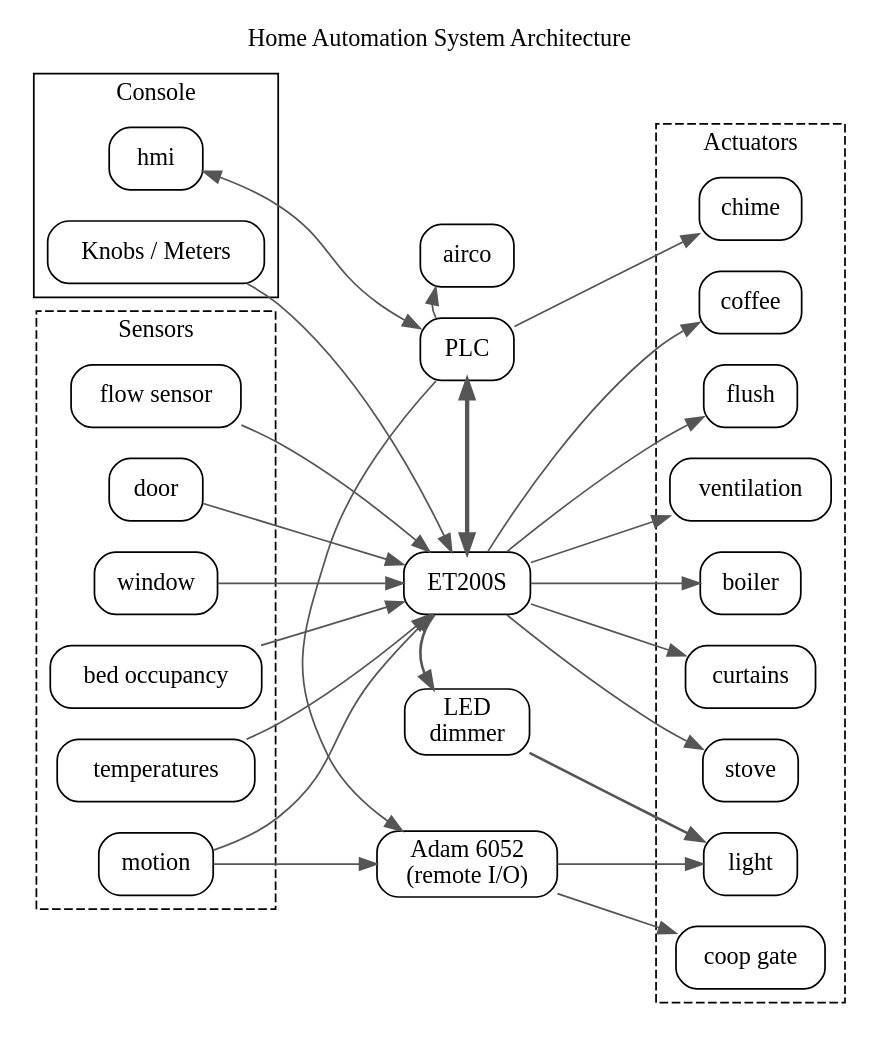
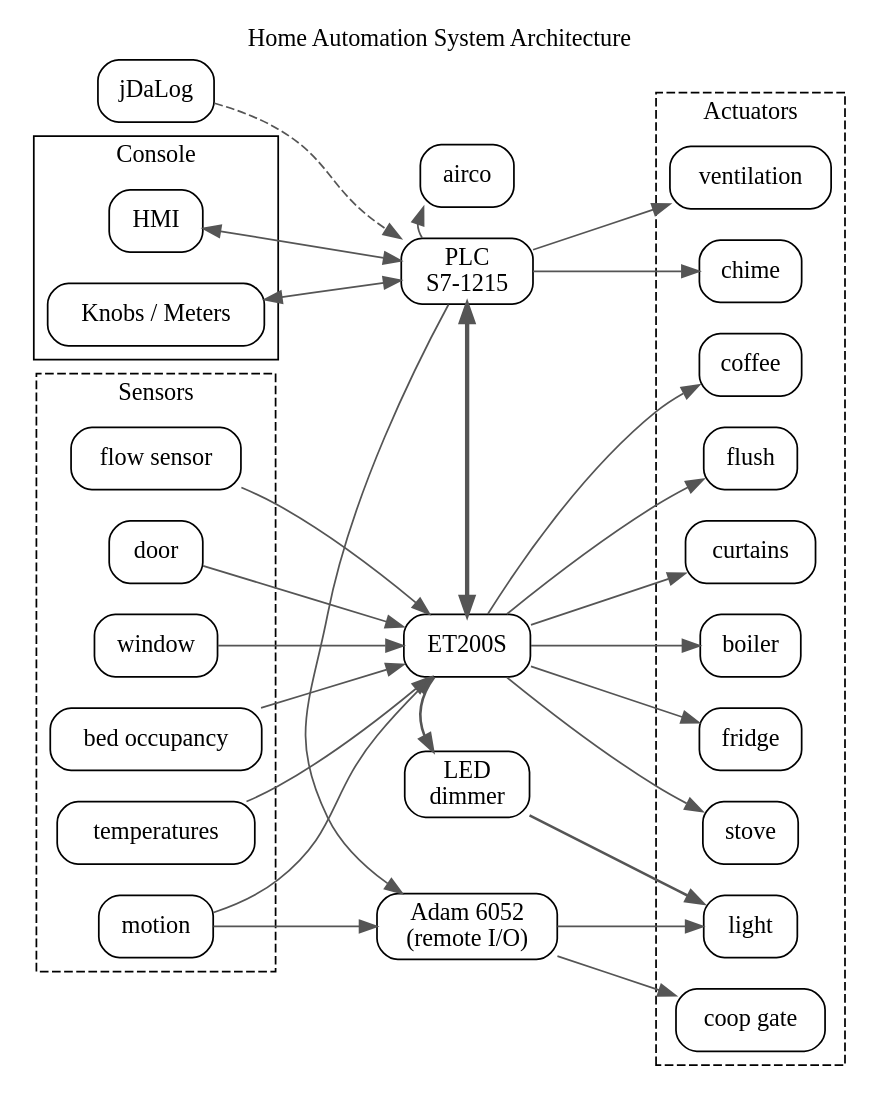
The diagram in doc/arch.dot (jce/Home_Automation_System), drawn with Graphviz before and after one commit. The commit also changed 2 other files, not shown here.

Commit message:
Updated architecture graph

```diff
--- a/doc/arch.dot
+++ b/doc/arch.dot
@@ -1,82 +1,86 @@
 
 digraph domotics {
     labelloc="t";
     label="Home Automation System Architecture";
 
     rankdir=LR;
     splines=true;
     node [shape=box, style=rounded];
     ranksep=0.9;
     edge [color="#555555"];
 
     // --- Groups ---
     subgraph cluster_inputs {
         label="Sensors";
         style=dashed;
         motion;
         door;
         window;
         bed;
         temperatures;
         flow;
     }
 
-        plc [label="PLC"];
+        plc [label="PLC\nS7-1215"];
         et200s [label="ET200S"];
         adam [label="Adam 6052\n(remote I/O)"];
+        jdalog [label="jDaLog"];
 
     subgraph cluster_outputs {
         label="Actuators";
         style=dashed;
         ventilation;
         boiler;
         chime;
         stove;
         light;
         coffee;
         flush;
         curtains;
         gate;
+        fridge;
     }
         gate [label="coop gate"];
         airco;
         dimmer [label="LED\ndimmer"];
         bed [label="bed occupancy"];
         flow [label="flow sensor"];
         
     subgraph cluster_external {
         label="Console";
-        hmi;
+        hmi [label="HMI"];
         knobs [label="Knobs / Meters"];
     }
 
     { rank=same; airco; adam; plc; et200s, dimmer}
     //airco -> adam -> plc -> et200s [style=invis];
     airco -> plc [style=invis];
     et200s -> dimmer -> adam [style=invis];
 
     // --- Connections ---
     hmi -> plc [dir=both];
+    jdalog -> plc [style=dashed];
     motion -> et200s;
     door -> et200s;
     window -> et200s;
     bed -> et200s;
     temperatures -> et200s;
     flow -> et200s;
     plc -> et200s [dir=both; penwidth=2.5];
-    et200s -> ventilation;
+    plc -> ventilation;
     et200s -> boiler;
     plc -> chime;
     et200s -> stove;
     et200s -> dimmer [penwidth=1.5];
     dimmer -> light [penwidth=1.5];
     et200s -> coffee;
     et200s -> flush;
     et200s -> curtains;
     motion -> adam;
     adam -> gate;
     adam -> light;
     plc -> adam;
     plc -> airco;
-    knobs -> et200s;
+    knobs -> plc [dir=both];
+    et200s -> fridge;
 }
```
